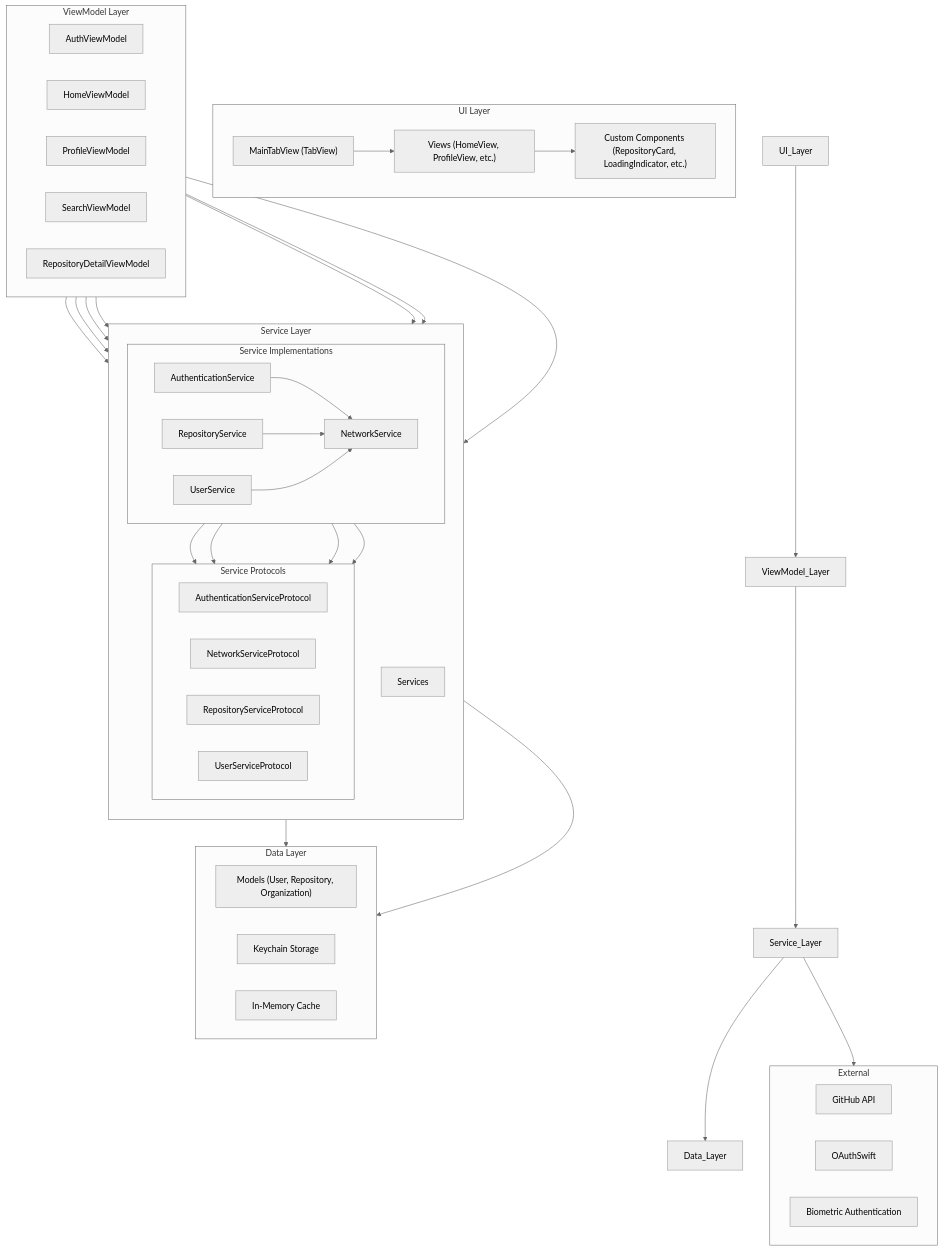
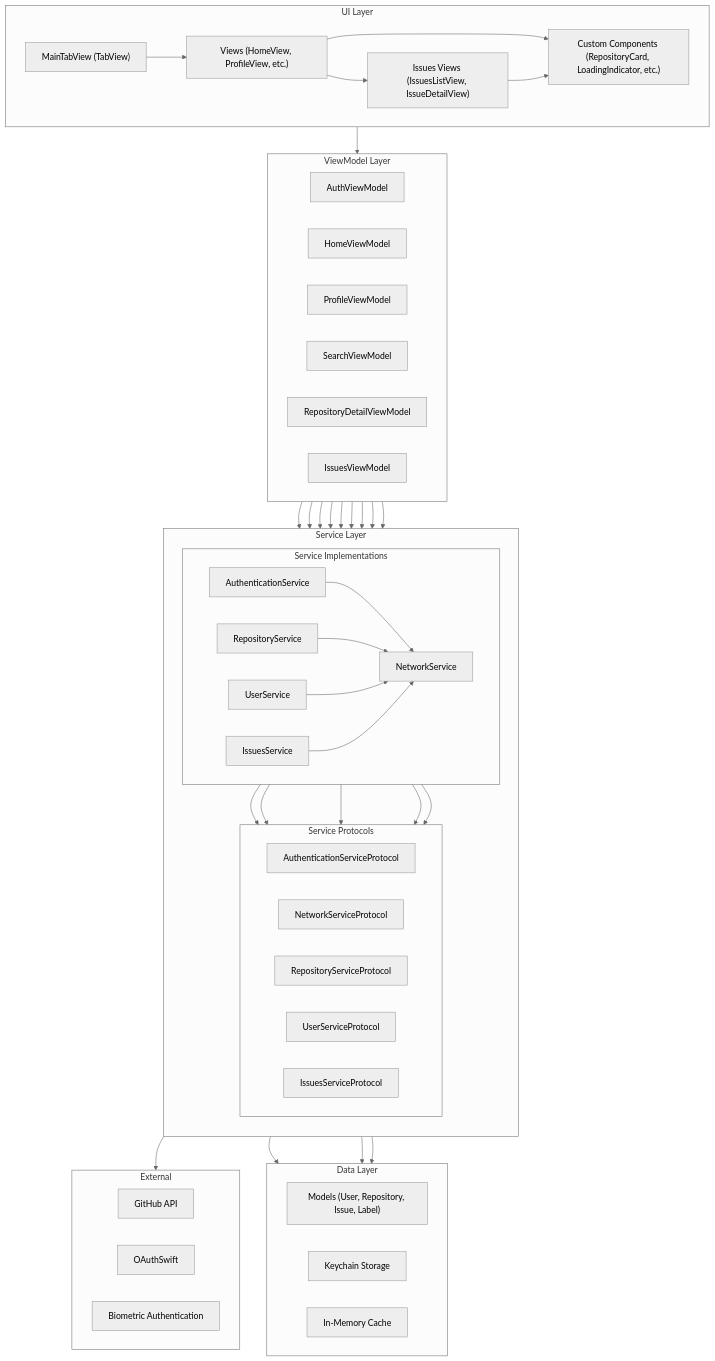
Before and after one commit to dishcool/GitHub-iOS: the diagram in Designs/diagram/Component-Diagram.mmd, drawn with Mermaid (neutral theme). The commit also changed 14 other files, not shown here.

Commit message:
add：issue list & detail

```diff
--- a/Designs/diagram/Component-Diagram.mmd
+++ b/Designs/diagram/Component-Diagram.mmd
@@ -1,77 +1,91 @@
 graph TD
-    subgraph UI Layer
+    subgraph UI_Layer[UI Layer]
         direction LR
         MainTabView["MainTabView (TabView)"]
         Views["Views (HomeView, ProfileView, etc.)"]
+        IssuesViews["Issues Views (IssuesListView, IssueDetailView)"]
         CustomComponents["Custom Components (RepositoryCard, LoadingIndicator, etc.)"]
     end
 
-    subgraph ViewModel Layer
+    subgraph ViewModel_Layer[ViewModel Layer]
         direction LR
         AuthViewModel["AuthViewModel"]
         HomeViewModel["HomeViewModel"]
         ProfileViewModel["ProfileViewModel"]
         SearchViewModel["SearchViewModel"]
         RepoDetailViewModel["RepositoryDetailViewModel"]
+        IssuesViewModel["IssuesViewModel"]
     end
 
-    subgraph Service Layer
+    subgraph Service_Layer[Service Layer]
         direction TB
-        Services["Services"]
-        subgraph Service Implementations
+        subgraph Service_Implementations[Service Implementations]
             direction LR
             AuthService["AuthenticationService"]
             NetworkService["NetworkService"]
             RepoService["RepositoryService"]
             UserService["UserService"]
+            IssuesService["IssuesService"]
         end
-        subgraph Service Protocols
+        subgraph Service_Protocols[Service Protocols]
             direction LR
             AuthServiceProtocol["AuthenticationServiceProtocol"]
             NetworkServiceProtocol["NetworkServiceProtocol"]
             RepoServiceProtocol["RepositoryServiceProtocol"]
             UserServiceProtocol["UserServiceProtocol"]
+            IssuesServiceProtocol["IssuesServiceProtocol"]
         end
     end
 
-    subgraph Data Layer
+    subgraph Data_Layer[Data Layer]
         direction LR
-        Models["Models (User, Repository, Organization)"]
+        Models["Models (User, Repository, Issue, Label)"]
         KeychainStorage["Keychain Storage"]
         Cache["In-Memory Cache"]
     end
 
     subgraph External
         direction LR
         GitHubAPI["GitHub API"]
         OAuthSwift["OAuthSwift"]
         BiometricAuth["Biometric Authentication"]
     end
 
+    %% 主要层级间的关系
     UI_Layer --> ViewModel_Layer
     ViewModel_Layer --> Service_Layer
     Service_Layer --> Data_Layer
     Service_Layer --> External
 
+    %% 服务实现与协议间的关系
     AuthService --> AuthServiceProtocol
     NetworkService --> NetworkServiceProtocol
     RepoService --> RepoServiceProtocol
     UserService --> UserServiceProtocol
+    IssuesService --> IssuesServiceProtocol
 
+    %% 服务依赖关系
     AuthService --> NetworkService
     RepoService --> NetworkService
     UserService --> NetworkService
+    IssuesService --> NetworkService
 
+    %% 数据存储关系
     AuthService --> KeychainStorage
     NetworkService --> Cache
 
+    %% UI组件关系
     MainTabView --> Views
     Views --> CustomComponents
+    Views --> IssuesViews
+    IssuesViews --> CustomComponents
 
+    %% ViewModel与Service连接关系
     AuthViewModel --> AuthService
     HomeViewModel --> RepoService
     ProfileViewModel --> UserService
     ProfileViewModel --> RepoService
     SearchViewModel --> RepoService
     SearchViewModel --> UserService
-    RepoDetailViewModel --> RepoService 
+    RepoDetailViewModel --> RepoService
+    IssuesViewModel --> IssuesService 
```
